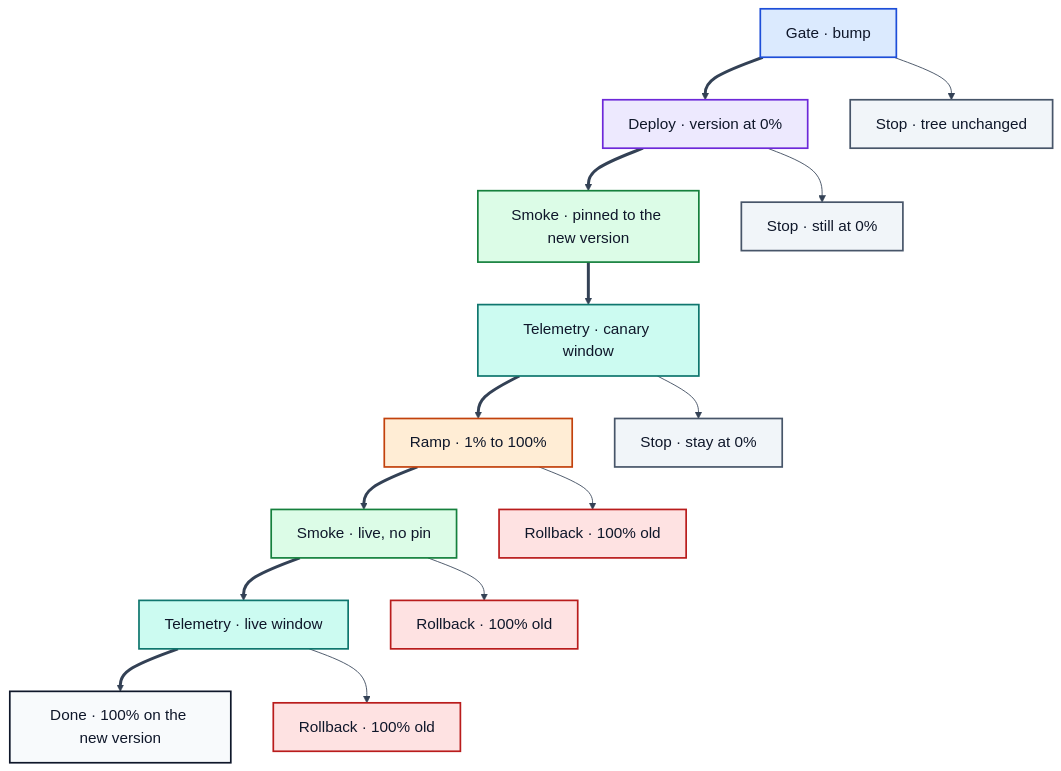
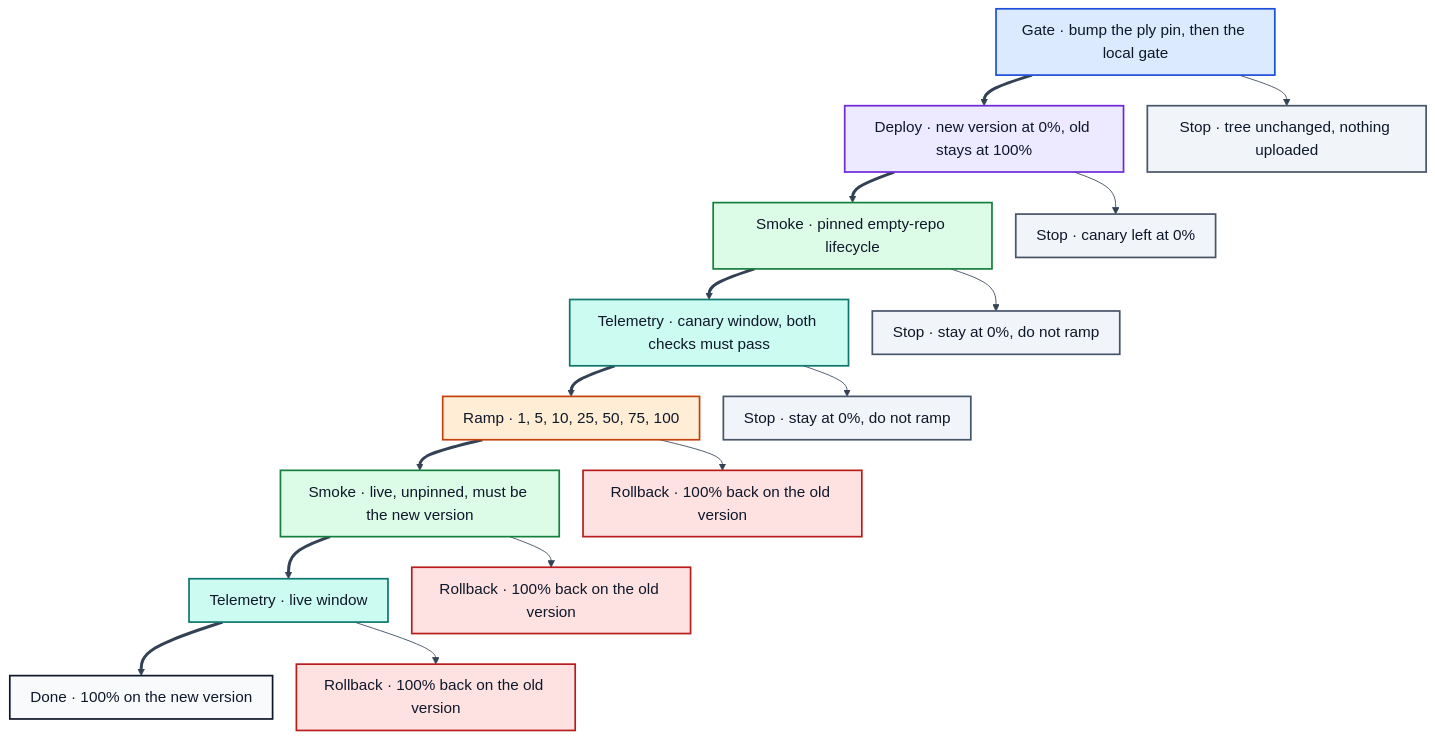
One commit to ivarvong/ply-web changed the diagram in docs/img/cd-pipeline.mmd. Above: the diagram before and after it, drawn with Mermaid. The commit also changed 7 other files, not shown here.

First line of the commit message:
Put a stop on the pinned smoke row and drop the GitHub deploy.

```diff
--- a/docs/img/cd-pipeline.mmd
+++ b/docs/img/cd-pipeline.mmd
@@ -1,28 +1,30 @@
 %% Operator pipeline. One color per stage kind.
-%% The happy path is the left column. Each failure stays on its own row, to the right.
-%% docs/img/cd-pipeline.svg is this graph on that grid (mermaid-cli's auto-layout crossed the spine).
-%%{init: {'theme': 'base', 'themeVariables': {'fontSize': '18px', 'fontFamily': 'ui-sans-serif, system-ui, sans-serif', 'lineColor': '#334155'}}}%%
+%% The happy path is the ==> chain. Each --> is that stage's failure, drawn on the same row.
+%% mermaid-cli's layered layout drops those failures onto the next row and drifts the spine.
+%% docs/img/render-cd-pipeline.py reads this file and writes cd-pipeline.svg on a grid.
+%%{init: {'theme': 'base', 'themeVariables': {'fontSize': '18px', 'fontFamily': 'ui-sans-serif, system-ui, sans-serif', 'lineColor': '#334155'}, 'flowchart': {'htmlLabels': false, 'nodeSpacing': 28, 'rankSpacing': 36, 'padding': 12, 'wrappingWidth': 280}}}%%
 flowchart TB
-  bump["Gate · bump"]:::gate ==> deploy["Deploy · version at 0%"]:::deploy
-  deploy ==> smoke["Smoke · pinned to the new version"]:::smoke
-  smoke ==> tel["Telemetry · canary window"]:::telemetry
-  tel ==> ramp["Ramp · 1% to 100%"]:::ramp
-  ramp ==> liveSmoke["Smoke · live, no pin"]:::smoke
+  bump["Gate · bump the ply pin, then the local gate"]:::gate ==> deploy["Deploy · new version at 0%, old stays at 100%"]:::deploy
+  deploy ==> smoke["Smoke · pinned empty-repo lifecycle"]:::smoke
+  smoke ==> tel["Telemetry · canary window, both checks must pass"]:::telemetry
+  tel ==> ramp["Ramp · 1, 5, 10, 25, 50, 75, 100"]:::ramp
+  ramp ==> liveSmoke["Smoke · live, unpinned, must be the new version"]:::smoke
   liveSmoke ==> liveTel["Telemetry · live window"]:::telemetry
   liveTel ==> done["Done · 100% on the new version"]:::done
 
-  bump --> stopBump["Stop · tree unchanged"]:::halt
-  deploy --> stopDeploy["Stop · still at 0%"]:::halt
-  tel --> stopTel["Stop · stay at 0%"]:::halt
-  ramp --> rollRamp["Rollback · 100% old"]:::rollback
-  liveSmoke --> rollSmoke["Rollback · 100% old"]:::rollback
-  liveTel --> rollTel["Rollback · 100% old"]:::rollback
+  bump --> stopBump["Stop · tree unchanged, nothing uploaded"]:::halt
+  deploy --> stopDeploy["Stop · canary left at 0%"]:::halt
+  smoke --> stopSmoke["Stop · stay at 0%, do not ramp"]:::halt
+  tel --> stopTel["Stop · stay at 0%, do not ramp"]:::halt
+  ramp --> rollRamp["Rollback · 100% back on the old version"]:::rollback
+  liveSmoke --> rollSmoke["Rollback · 100% back on the old version"]:::rollback
+  liveTel --> rollTel["Rollback · 100% back on the old version"]:::rollback
 
   classDef gate fill:#dbeafe,stroke:#1d4ed8,stroke-width:2px,color:#0f172a
   classDef deploy fill:#ede9fe,stroke:#6d28d9,stroke-width:2px,color:#0f172a
   classDef smoke fill:#dcfce7,stroke:#15803d,stroke-width:2px,color:#0f172a
   classDef telemetry fill:#ccfbf1,stroke:#0f766e,stroke-width:2px,color:#0f172a
   classDef ramp fill:#ffedd5,stroke:#c2410c,stroke-width:2px,color:#0f172a
   classDef rollback fill:#fee2e2,stroke:#b91c1c,stroke-width:2px,color:#0f172a
   classDef halt fill:#f1f5f9,stroke:#475569,stroke-width:2px,color:#0f172a
   classDef done fill:#f8fafc,stroke:#0f172a,stroke-width:2px,color:#0f172a
```
